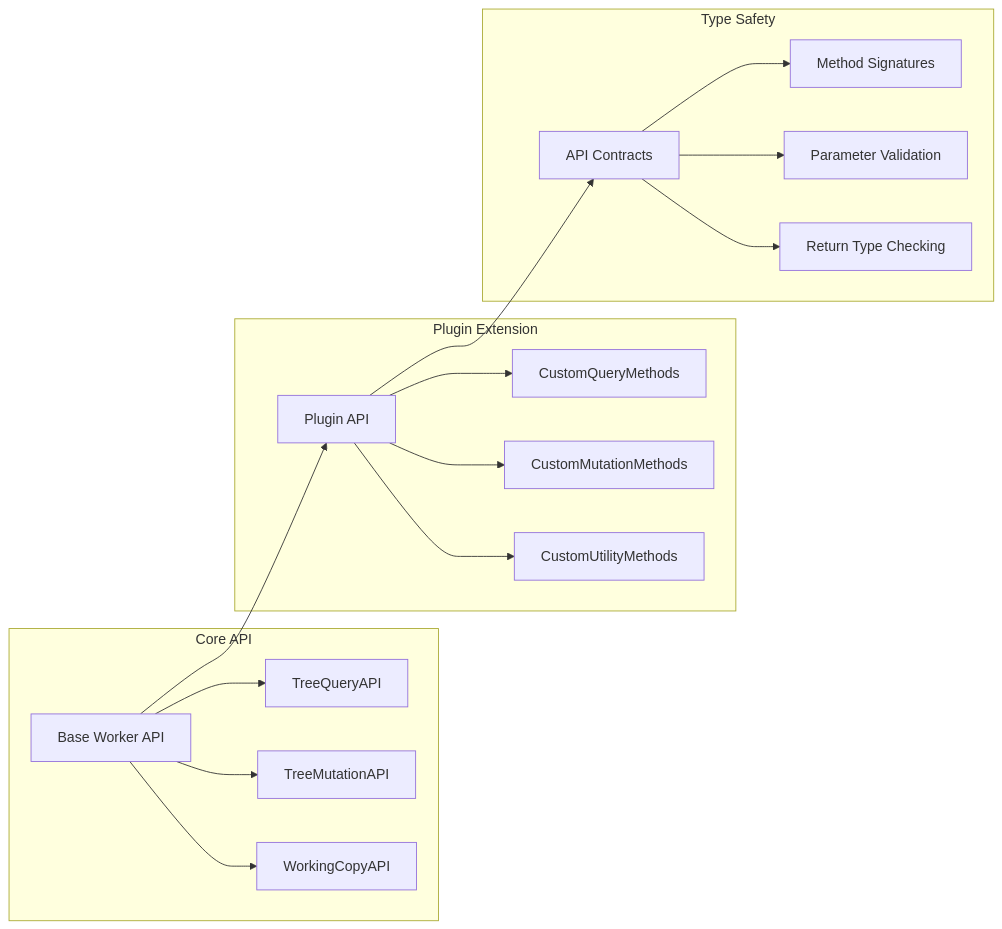
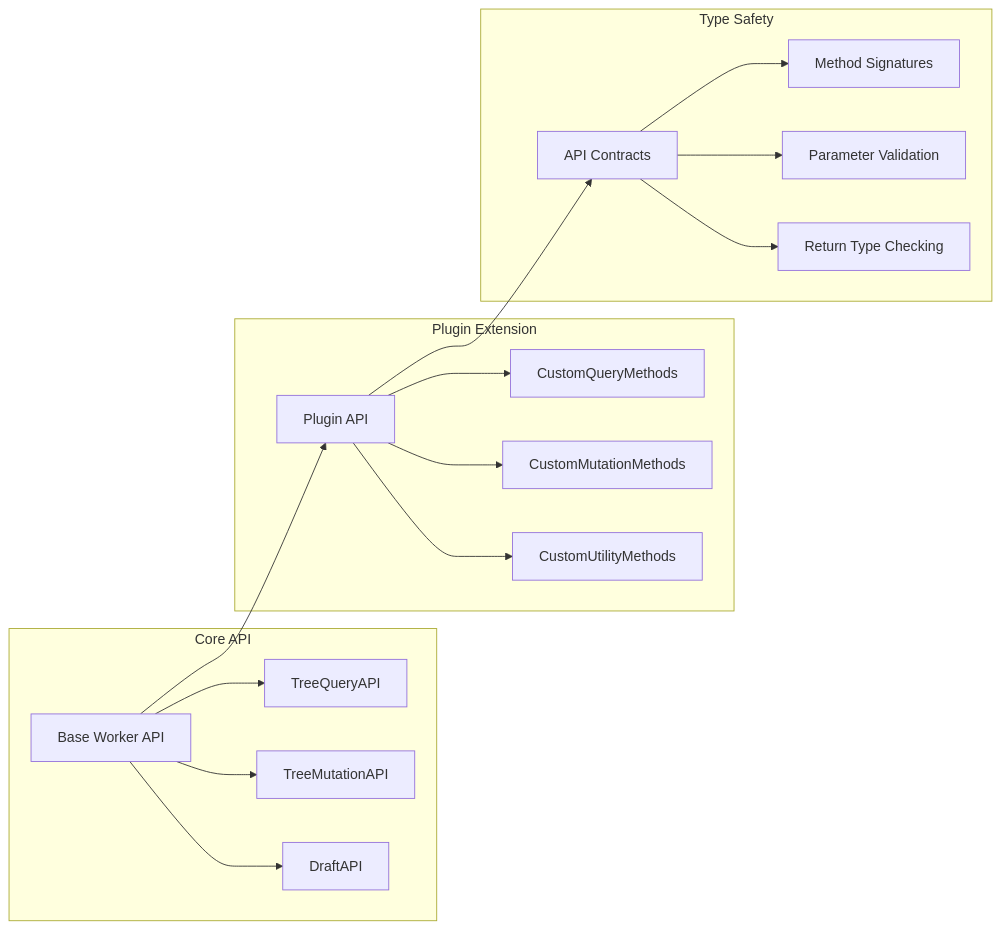
Before and after one commit to kubohiroya/hierarchidb: the eighth of 28 diagrams in docs/DEVELOPER_REPORT_COMPREHENSIVE/02_REQUIREMENTS_SPECIFICATION.md, drawn with Mermaid. The commit also changed other lines of this file and 796 other files, not shown here.

````diff
--- a/docs/DEVELOPER_REPORT_COMPREHENSIVE/02_REQUIREMENTS_SPECIFICATION.md
+++ b/docs/DEVELOPER_REPORT_COMPREHENSIVE/02_REQUIREMENTS_SPECIFICATION.md
@@ -295,23 +295,23 @@
 ```mermaid
 graph LR
     subgraph "Core API"
         A[Base Worker API] --> A1[TreeQueryAPI]
         A --> A2[TreeMutationAPI]
-        A --> A3[WorkingCopyAPI]
+        A --> A3[DraftAPI]
     end
     
     subgraph "Plugin Extension"
         B[Plugin API] --> B1[CustomQueryMethods]
         B --> B2[CustomMutationMethods]
         B --> B3[CustomUtilityMethods]
     end
     
     subgraph "Type Safety"
         C[API Contracts] --> C1[Method Signatures]
         C --> C2[Parameter Validation]
         C --> C3[Return Type Checking]
     end
     
     A --> B
     B --> C
 ```
````
